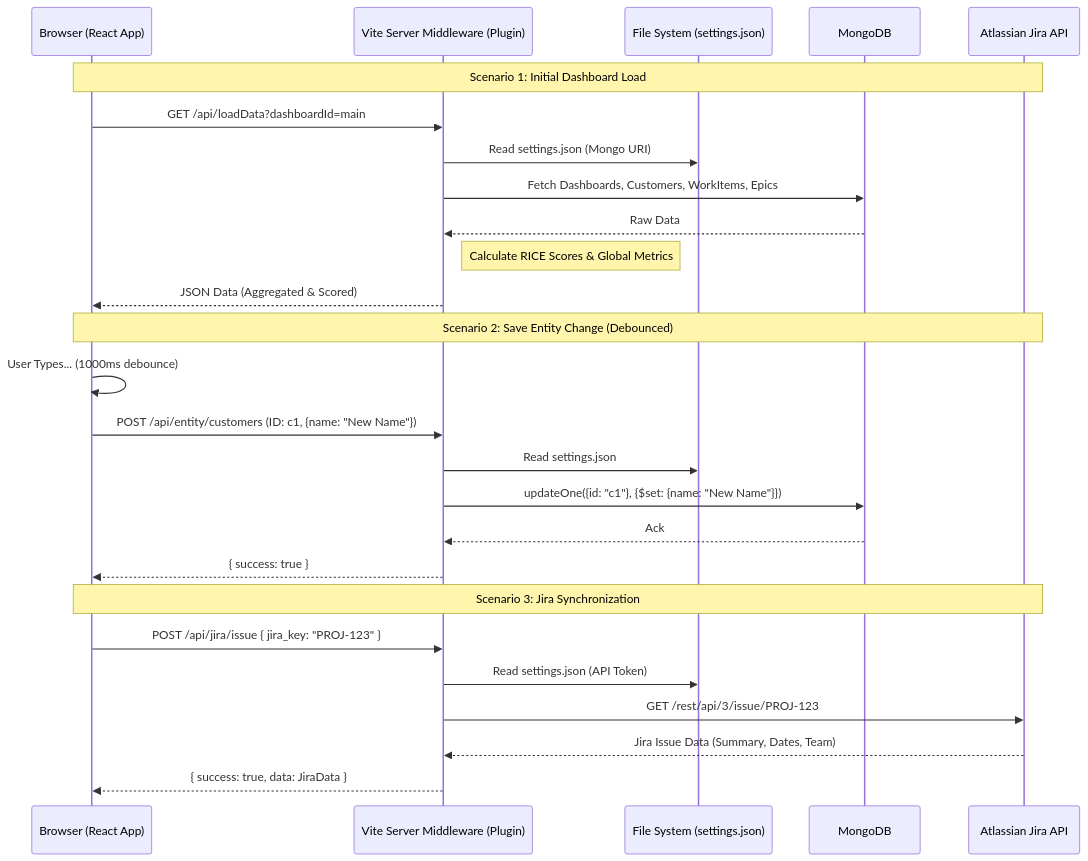
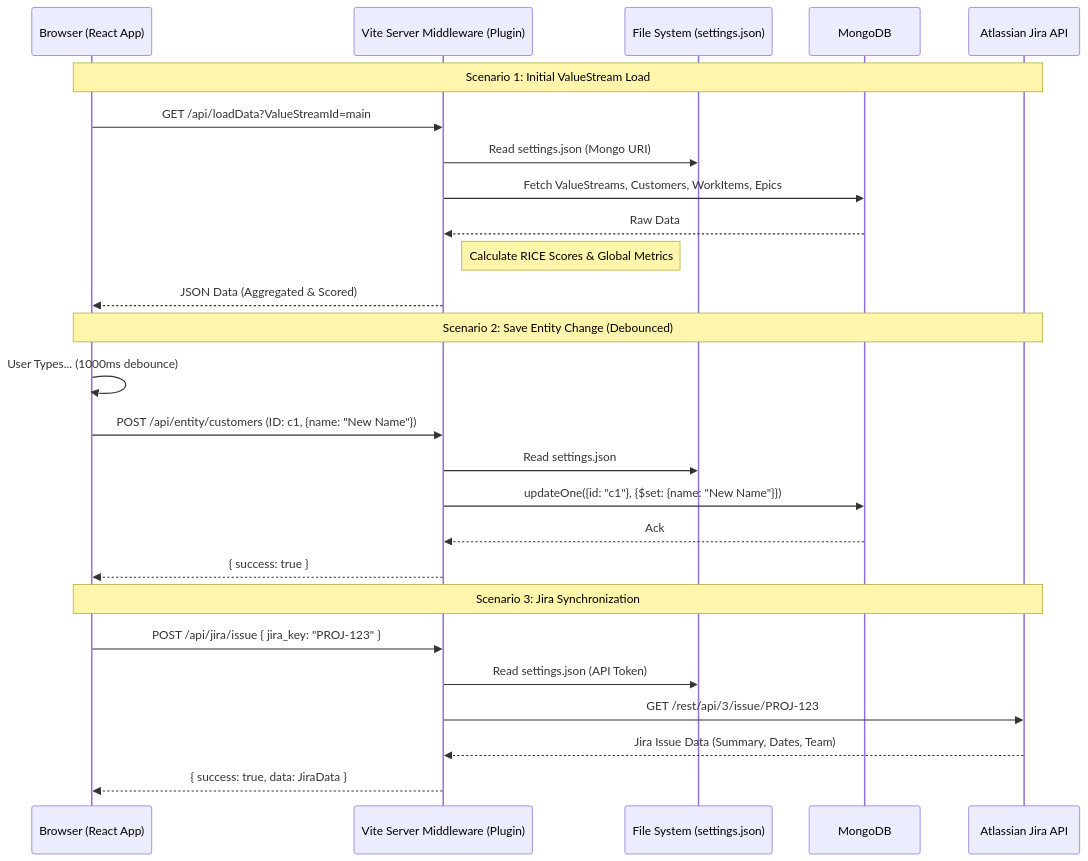
The second of 5 diagrams in doc/ARCHITECTURE.md (AlesKracik/ValueStream-DependencyTree), drawn with Mermaid before and after one commit. The commit also changed other lines of this file and 56 other files, not shown here.

Commit message:
refactor: rename 'Dashboard' to 'Value Stream' project-wide

````diff
--- a/doc/ARCHITECTURE.md
+++ b/doc/ARCHITECTURE.md
@@ -62,31 +62,31 @@
 ```mermaid
 sequenceDiagram
     participant UI as Browser (React App)
     participant Vite as Vite Server Middleware (Plugin)
     participant FS as File System (settings.json)
     participant DB as MongoDB
     participant Jira as Atlassian Jira API
 
-    Note over UI, Jira: Scenario 1: Initial Dashboard Load
-    UI->>Vite: GET /api/loadData?dashboardId=main
+    Note over UI, Jira: Scenario 1: Initial ValueStream Load
+    UI->>Vite: GET /api/loadData?ValueStreamId=main
     Vite->>FS: Read settings.json (Mongo URI)
-    Vite->>DB: Fetch Dashboards, Customers, WorkItems, Epics
+    Vite->>DB: Fetch ValueStreams, Customers, WorkItems, Epics
     DB-->>Vite: Raw Data
     Note right of Vite: Calculate RICE Scores & Global Metrics
     Vite-->>UI: JSON Data (Aggregated & Scored)
 
     Note over UI, Jira: Scenario 2: Save Entity Change (Debounced)
     UI->>UI: User Types... (1000ms debounce)
     UI->>Vite: POST /api/entity/customers (ID: c1, {name: "New Name"})
     Vite->>FS: Read settings.json
     Vite->>DB: updateOne({id: "c1"}, {$set: {name: "New Name"}})
     DB-->>Vite: Ack
     Vite-->>UI: { success: true }
 
     Note over UI, Jira: Scenario 3: Jira Synchronization
     UI->>Vite: POST /api/jira/issue { jira_key: "PROJ-123" }
     Vite->>FS: Read settings.json (API Token)
     Vite->>Jira: GET /rest/api/3/issue/PROJ-123
     Jira-->>Vite: Jira Issue Data (Summary, Dates, Team)
     Vite-->>UI: { success: true, data: JiraData }
 ```
````
